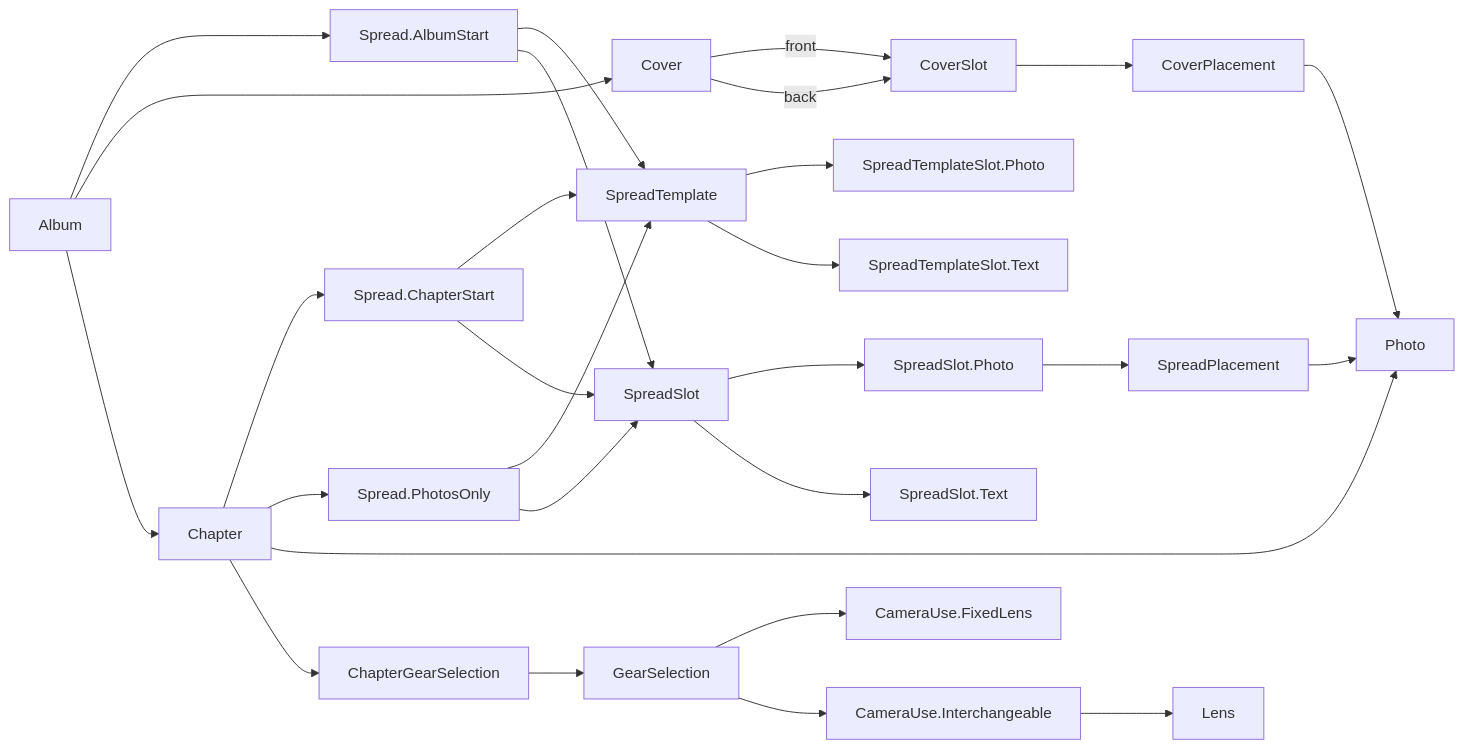
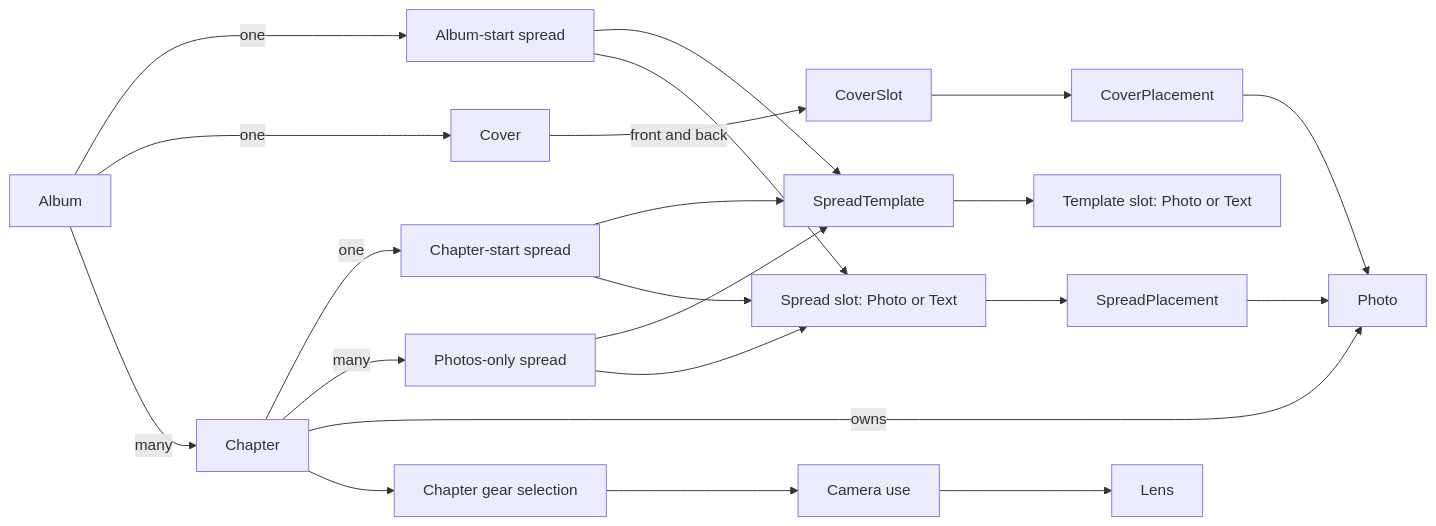
Before and after one commit to Shepherd-s-Den/photography: the diagram in specs/changes/scala-domain-port/proposal.md, drawn with Mermaid. The commit also changed other lines of this file, not shown here.

````diff
--- a/specs/changes/scala-domain-port/proposal.md
+++ b/specs/changes/scala-domain-port/proposal.md
@@ -209,21 +13,18 @@
 ```mermaid
 flowchart LR
-  Album --> AlbumStart["Spread.AlbumStart"]
-  Album --> Cover
-  Album --> Chapter
-  Chapter --> ChapterStart["Spread.ChapterStart"]
-  Chapter --> PhotosOnly["Spread.PhotosOnly"]
-  Chapter --> Photo
-  SpreadTemplate --> TemplatePhoto["SpreadTemplateSlot.Photo"]
-  SpreadTemplate --> TemplateText["SpreadTemplateSlot.Text"]
+  Album -->|one| AlbumStart["Album-start spread"]
+  Album -->|one| Cover
+  Album -->|many| Chapter
+  Chapter -->|one| ChapterStart["Chapter-start spread"]
+  Chapter -->|many| PhotosOnly["Photos-only spread"]
+  Chapter -->|owns| Photo
   AlbumStart & ChapterStart & PhotosOnly --> SpreadTemplate
-  AlbumStart & ChapterStart & PhotosOnly --> SpreadSlot
-  SpreadSlot --> PhotoSlot["SpreadSlot.Photo"] --> SpreadPlacement --> Photo
-  SpreadSlot --> TextSlot["SpreadSlot.Text"]
-  Cover -->|front| CoverSlot
-  Cover -->|back| CoverSlot
+  SpreadTemplate --> TemplateSlot["Template slot: Photo or Text"]
+  AlbumStart & ChapterStart & PhotosOnly --> SpreadSlot["Spread slot: Photo or Text"]
+  SpreadSlot --> SpreadPlacement --> Photo
+  Cover -->|front and back| CoverSlot
   CoverSlot --> CoverPlacement --> Photo
-  Chapter --> ChapterGearSelection --> GearSelection
-  GearSelection --> CameraUse.FixedLens
-  GearSelection --> CameraUse.Interchangeable --> Lens
+  Chapter --> ChapterGearSelection["Chapter gear selection"]
+  ChapterGearSelection --> CameraUse["Camera use"]
+  CameraUse --> Lens
 ```
````
